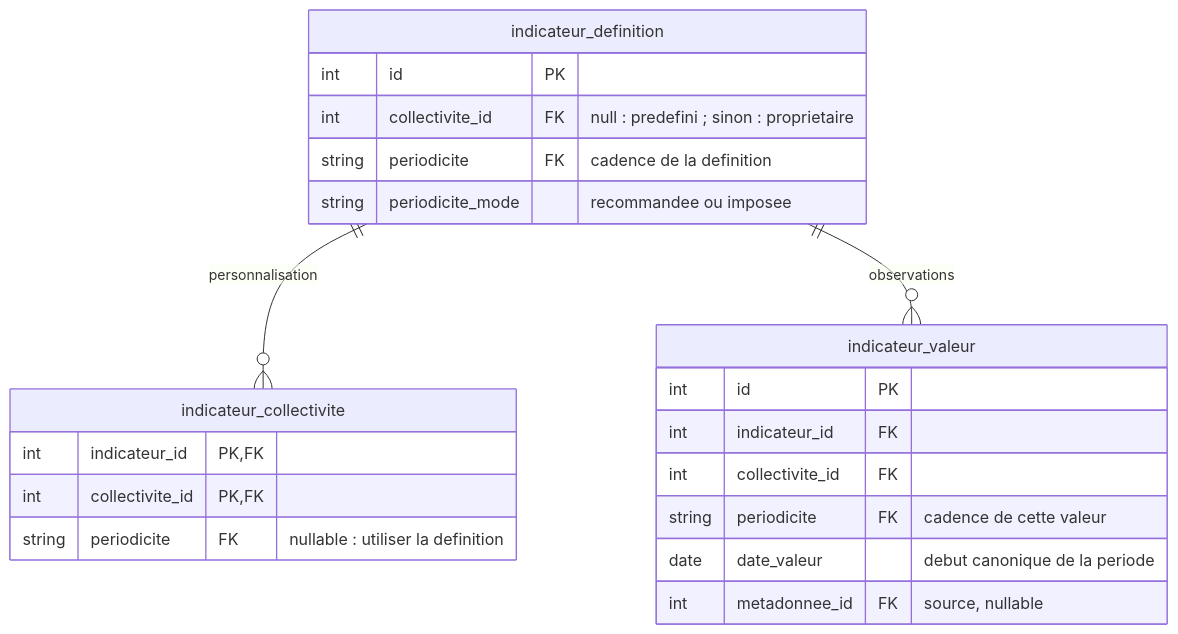
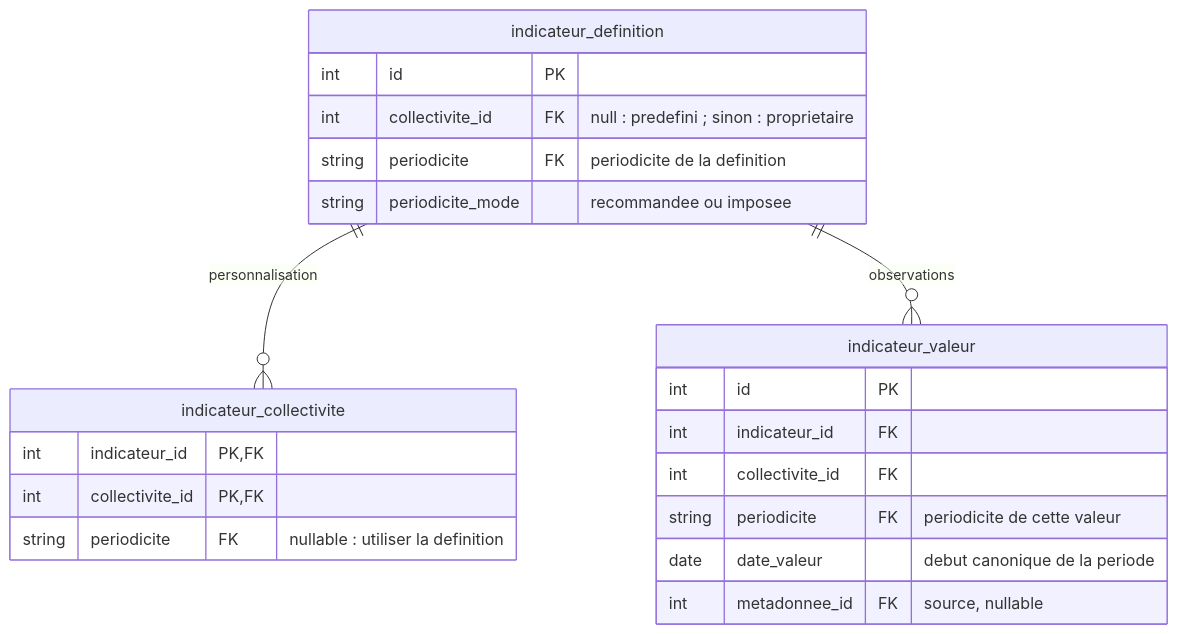
Before and after one commit to incubateur-ademe/territoires-en-transitions: the diagram in doc/adr/0018-periodicite-des-indicateurs.md, drawn with Mermaid. The commit also changed other lines of this file, not shown here.

Commit message:
docs(adr): clarify chart display and simplify architecture decisions

````diff
--- a/doc/adr/0018-periodicite-des-indicateurs.md
+++ b/doc/adr/0018-periodicite-des-indicateurs.md
@@ -72,25 +78,25 @@
 ```mermaid
 erDiagram
     indicateur_definition ||--o{ indicateur_collectivite : personnalisation
     indicateur_definition ||--o{ indicateur_valeur : observations
 
     indicateur_definition {
         int id PK
         int collectivite_id FK "null : predefini ; sinon : proprietaire"
-        string periodicite FK "cadence de la definition"
+        string periodicite FK "periodicite de la definition"
         string periodicite_mode "recommandee ou imposee"
     }
     indicateur_collectivite {
         int indicateur_id PK, FK
         int collectivite_id PK, FK
         string periodicite FK "nullable : utiliser la definition"
     }
     indicateur_valeur {
         int id PK
         int indicateur_id FK
         int collectivite_id FK
-        string periodicite FK "cadence de cette valeur"
+        string periodicite FK "periodicite de cette valeur"
         date date_valeur "debut canonique de la periode"
         int metadonnee_id FK "source, nullable"
     }
 ```
````
